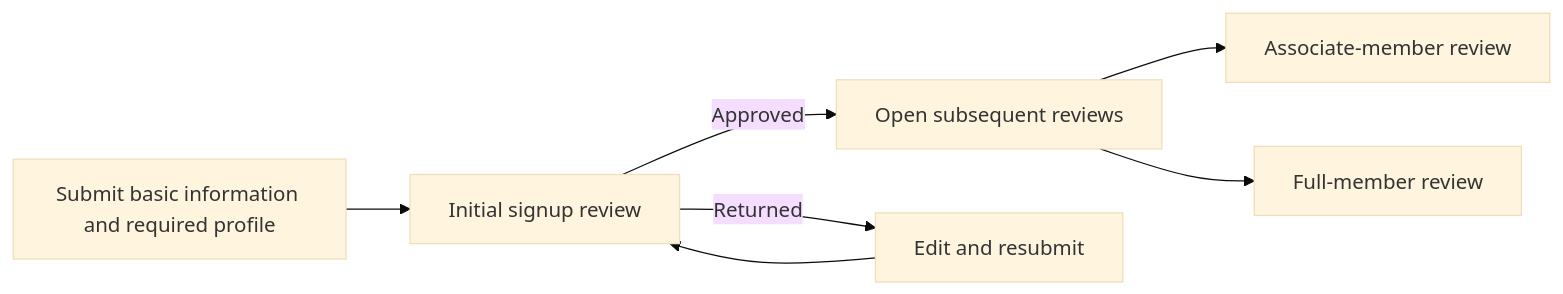
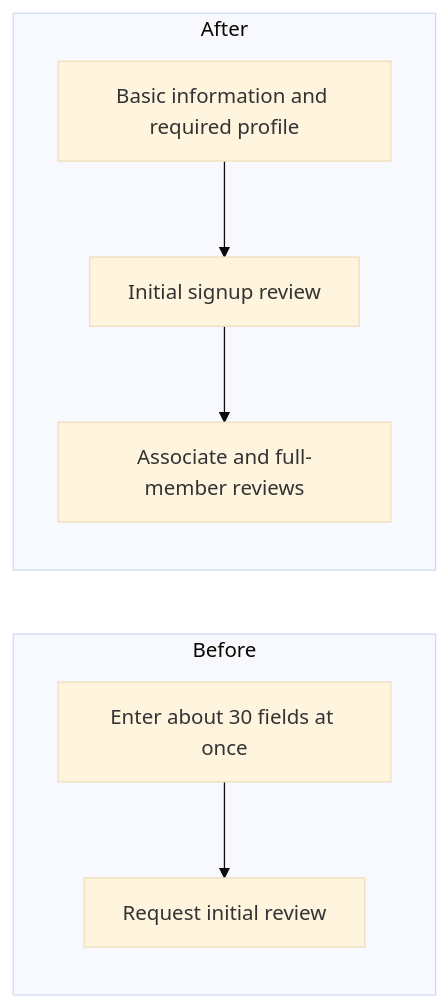
The first of 3 diagrams in docs/projects/coupler.en.md (zmrdltl/portfolio), drawn with Mermaid (base theme) before and after one commit. The commit also changed other lines of this file and 12 other files, not shown here.

````diff
--- a/docs/projects/coupler.en.md
+++ b/docs/projects/coupler.en.md
@@ -23,9 +21,13 @@
 ```mermaid
 flowchart LR
-  submit["Submit basic information and required profile"] --> initial["Initial signup review"]
-  initial -->|Approved| next["Open subsequent reviews"]
-  initial -->|Returned| reapply["Edit and resubmit"]
-  reapply --> initial
-  next --> associate["Associate-member review"]
-  next --> full["Full-member review"]
+  subgraph before["Before"]
+    direction TB
+    all_fields["Enter about 30 fields at once"] --> first_request["Request initial review"]
+  end
+
+  subgraph after["After"]
+    direction TB
+    essentials["Basic information and required profile"] --> initial_review["Initial signup review"]
+    initial_review --> later_reviews["Associate and full-member reviews"]
+  end
 ```
````
